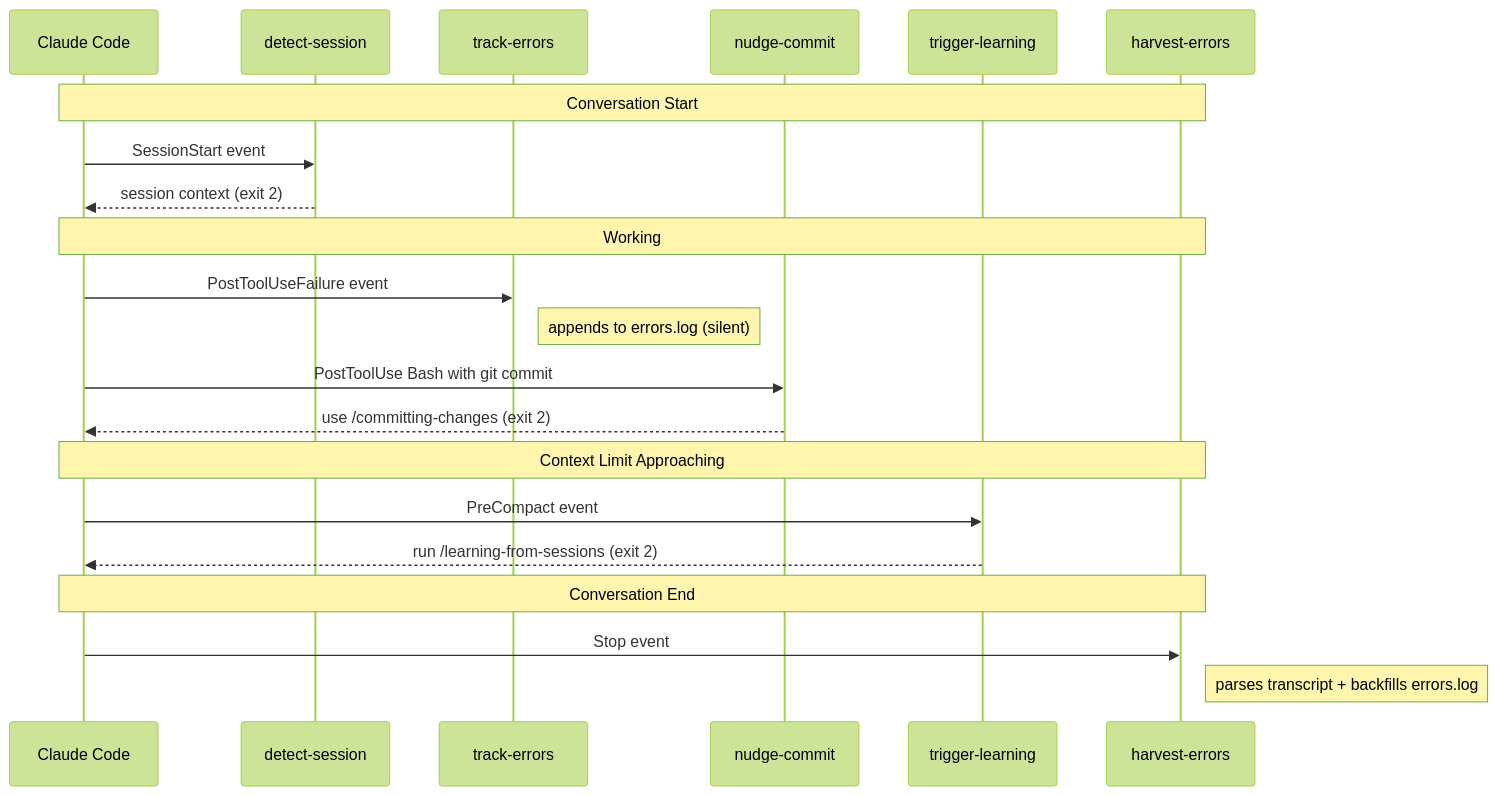
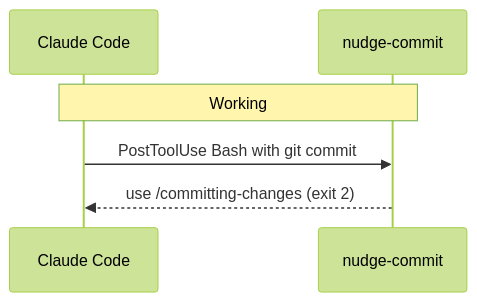
One commit to N0mikon/commandbase changed the diagram in docs/hook-timeline.md. Above: the diagram before and after it, drawn with Mermaid (forest theme). The commit also changed other lines of this file and 80 other files, not shown here.

````diff
--- a/docs/hook-timeline.md
+++ b/docs/hook-timeline.md
@@ -5,27 +5,9 @@
 ```mermaid
 sequenceDiagram
     participant C as Claude Code
-    participant DS as detect-session
-    participant TE as track-errors
     participant NC as nudge-commit
-    participant TL as trigger-learning
-    participant HE as harvest-errors
 
-    Note over C,HE: Conversation Start
-    C->>DS: SessionStart event
-    DS-->>C: session context (exit 2)
-
-    Note over C,HE: Working
-    C->>TE: PostToolUseFailure event
-    Note right of TE: appends to errors.log (silent)
+    Note over C,NC: Working
     C->>NC: PostToolUse Bash with git commit
     NC-->>C: use /committing-changes (exit 2)
-
-    Note over C,HE: Context Limit Approaching
-    C->>TL: PreCompact event
-    TL-->>C: run /learning-from-sessions (exit 2)
-
-    Note over C,HE: Conversation End
-    C->>HE: Stop event
-    Note right of HE: parses transcript + backfills errors.log
 ```
````
